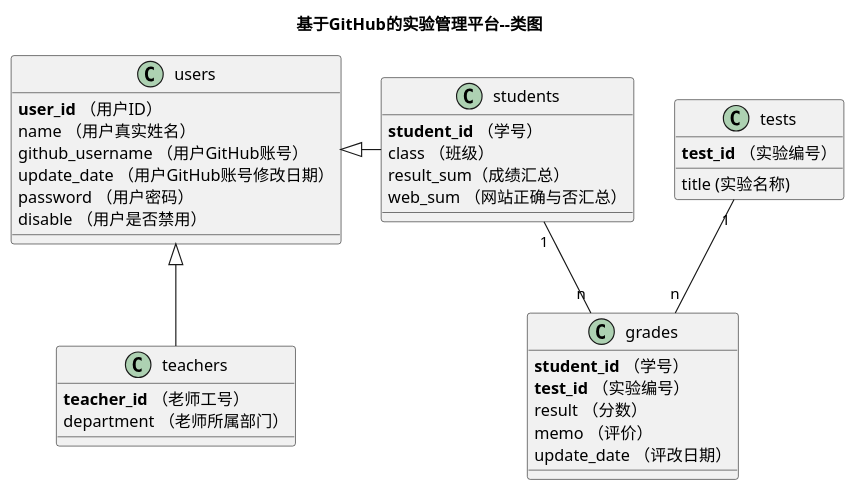
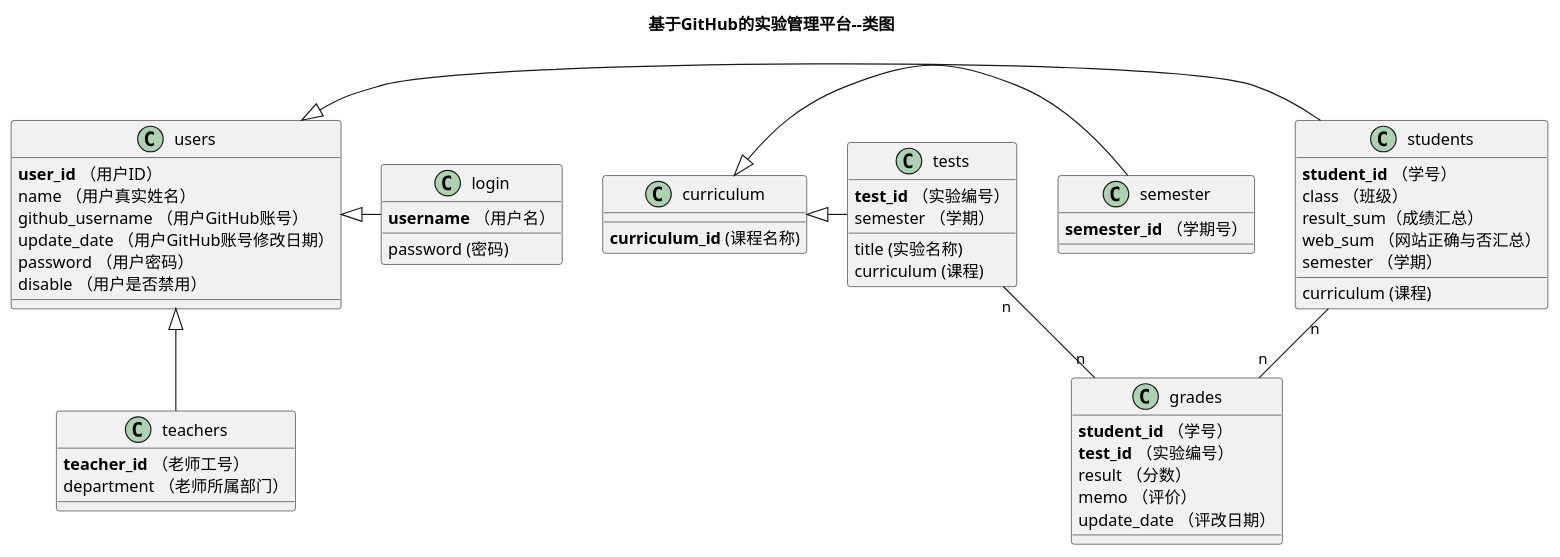
The diagram in test6/src/class.puml (zhouboling/is_analysis), drawn with PlantUML before and after one commit. The commit also changed 16 other files, not shown here.

```diff
--- a/test6/src/class.puml
+++ b/test6/src/class.puml
@@ -1,40 +1,55 @@
 @startuml
 title 基于GitHub的实验管理平台--类图
+class semester {
+   <b>semester_id</b> （学期号）
+}
+class curriculum {
+ <b>curriculum_id</b> (课程名称)
+}
+curriculum <|- semester
+curriculum <|-tests
 class users {
     <b>user_id</b> （用户ID）
     name （用户真实姓名）
     github_username （用户GitHub账号）
     update_date （用户GitHub账号修改日期）
     password （用户密码）
     disable （用户是否禁用）
 }
 class teachers{
     <b>teacher_id</b> （老师工号）
     department （老师所属部门）
 }
 class students{
     <b>student_id</b> （学号）
     class （班级）
     result_sum（成绩汇总）
     web_sum （网站正确与否汇总）
+    curriculum (课程)
+    semester （学期）
 }
+class login{
+    <b>username</b> （用户名）
+       password (密码)
+
+}
+users <|- login
 users <|- students
 users <|-- teachers
 class grades {
     <b>student_id</b> （学号）
     <b>test_id</b> （实验编号）
     result （分数）
     memo （评价）
     update_date （评改日期）
 }
 
 class tests {
     <b>test_id</b> （实验编号）
     title (实验名称)
+    curriculum (课程)
+    semester （学期）
 }
-
-students "1" -- "n"  grades
-tests "1" -- "n"  grades
-
-
+students "n" -- "n"  grades
+tests "n" -- "n"  grades
 @enduml
```
